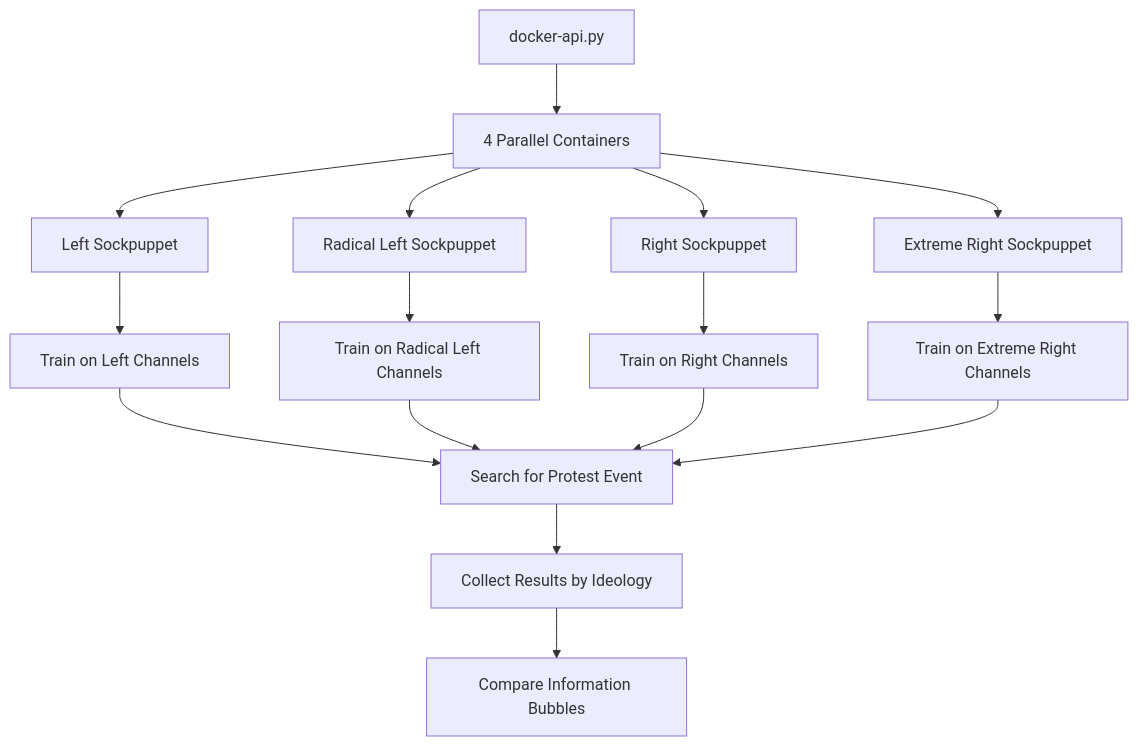
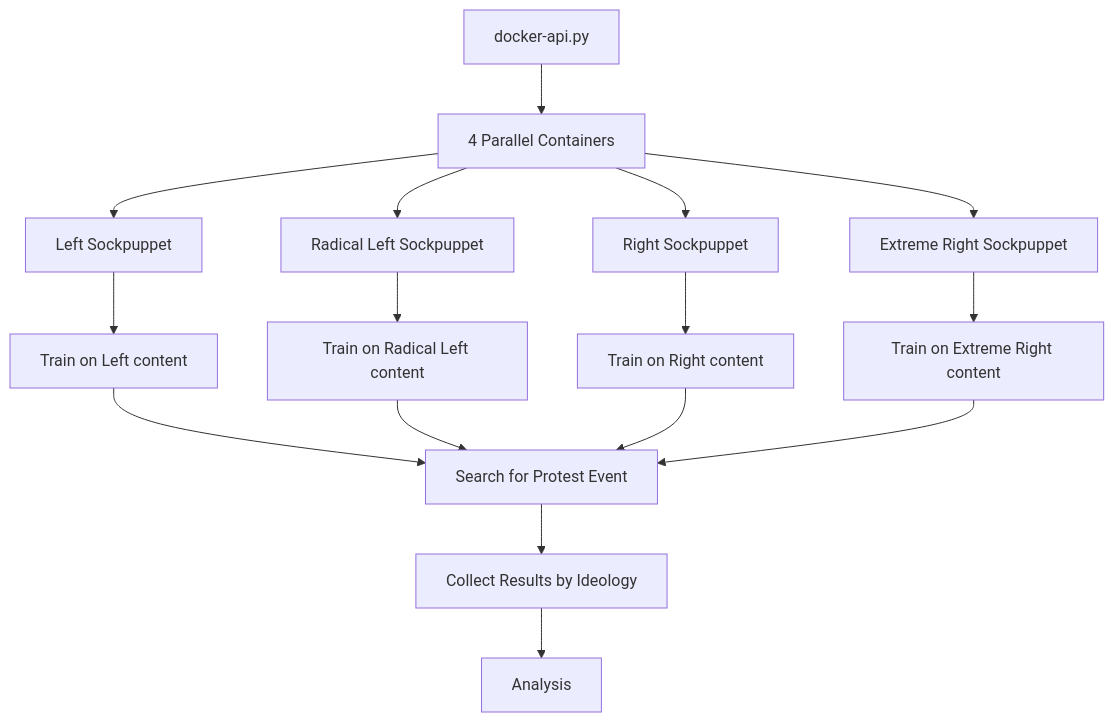
Before and after one commit to patilu66/code_ytb_bcn: the diagram in README.md, drawn with Mermaid. The commit also changed other lines of this file and 1 other file, not shown here.

````diff
--- a/README.md
+++ b/README.md
@@ -31,21 +18,21 @@
 ```mermaid
 graph TD
     A[docker-api.py] --> B[4 Parallel Containers]
     B --> C[Left Sockpuppet]
     B --> D[Radical Left Sockpuppet] 
     B --> E[Right Sockpuppet]
     B --> F[Extreme Right Sockpuppet]
     
-    C --> G[Train on Left Channels]
-    D --> H[Train on Radical Left Channels]
-    E --> I[Train on Right Channels] 
-    F --> J[Train on Extreme Right Channels]
+    C --> G[Train on Left content]
+    D --> H[Train on Radical Left content]
+    E --> I[Train on Right content] 
+    F --> J[Train on Extreme Right content]
     
     G --> K[Search for Protest Event]
     H --> K
     I --> K
     J --> K
     
     K --> L[Collect Results by Ideology]
-    L --> M[Compare Information Bubbles]
+    L --> M[Analysis]
 ```
````
